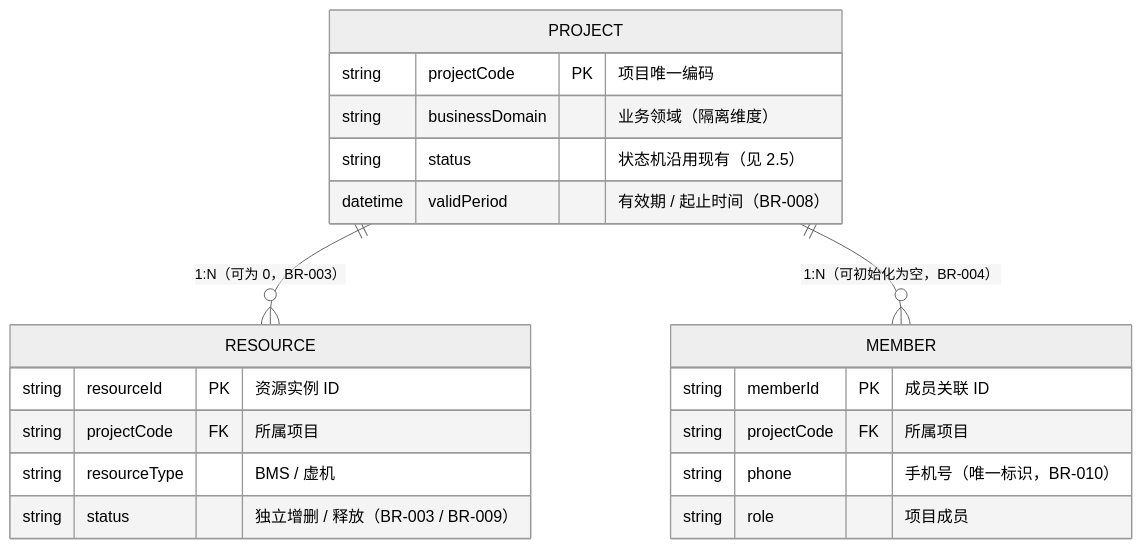
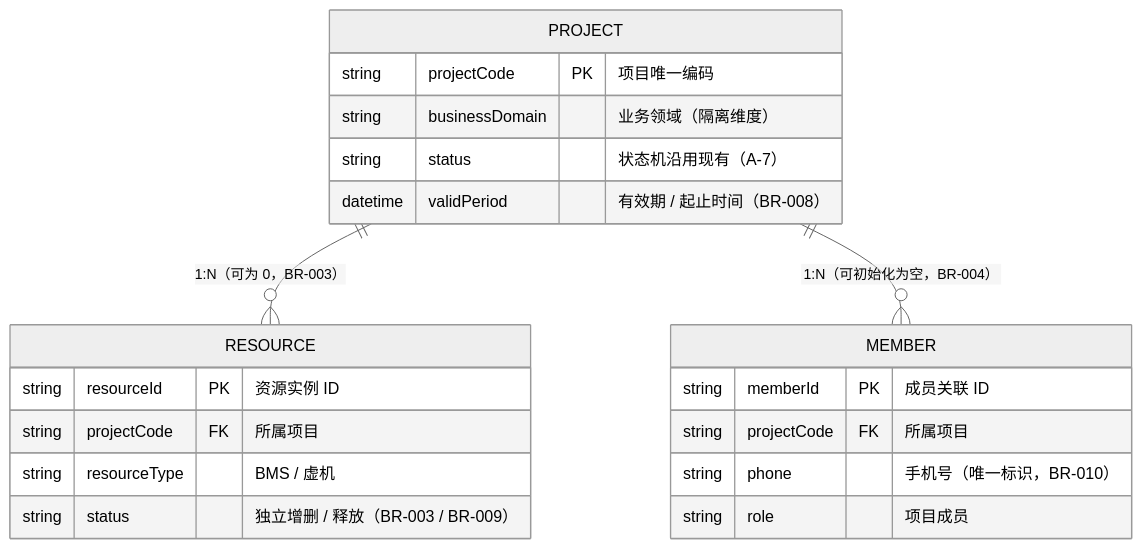
One commit to TerreMou/vue3-frontend-self-test changed the first of 2 diagrams in 业务需求说明书.md. Above: the diagram before and after it, drawn with Mermaid (neutral theme). The commit also changed other lines of this file, not shown here.

````diff
--- a/业务需求说明书.md
+++ b/业务需求说明书.md
@@ -76,23 +85,23 @@
 ```mermaid
 erDiagram
     PROJECT ||--o{ RESOURCE : "1:N（可为 0，BR-003）"
     PROJECT ||--o{ MEMBER : "1:N（可初始化为空，BR-004）"
     PROJECT {
         string projectCode PK "项目唯一编码"
         string businessDomain "业务领域（隔离维度）"
-        string status "状态机沿用现有（见 2.5）"
+        string status "状态机沿用现有（A-7）"
         datetime validPeriod "有效期 / 起止时间（BR-008）"
     }
     RESOURCE {
         string resourceId PK "资源实例 ID"
         string projectCode FK "所属项目"
         string resourceType "BMS / 虚机"
         string status "独立增删 / 释放（BR-003 / BR-009）"
     }
     MEMBER {
         string memberId PK "成员关联 ID"
         string projectCode FK "所属项目"
         string phone "手机号（唯一标识，BR-010）"
         string role "项目成员"
     }
 ```
````
